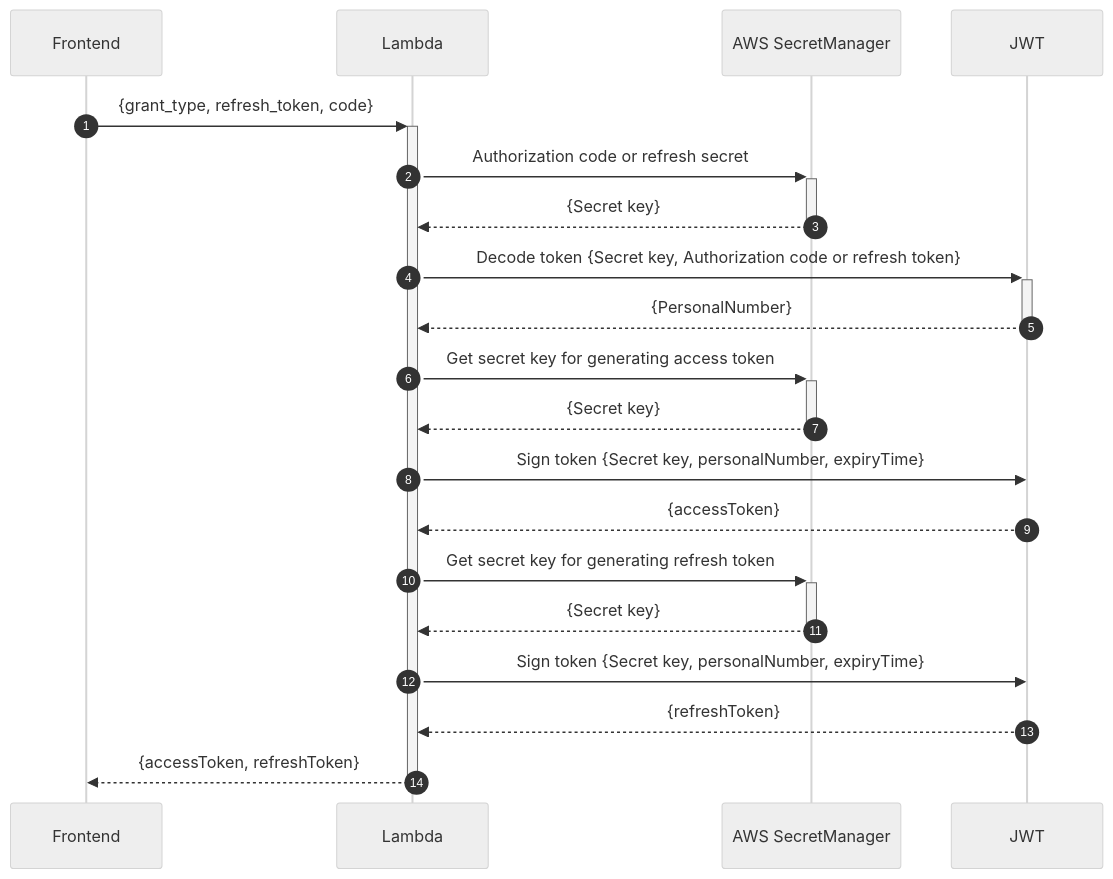
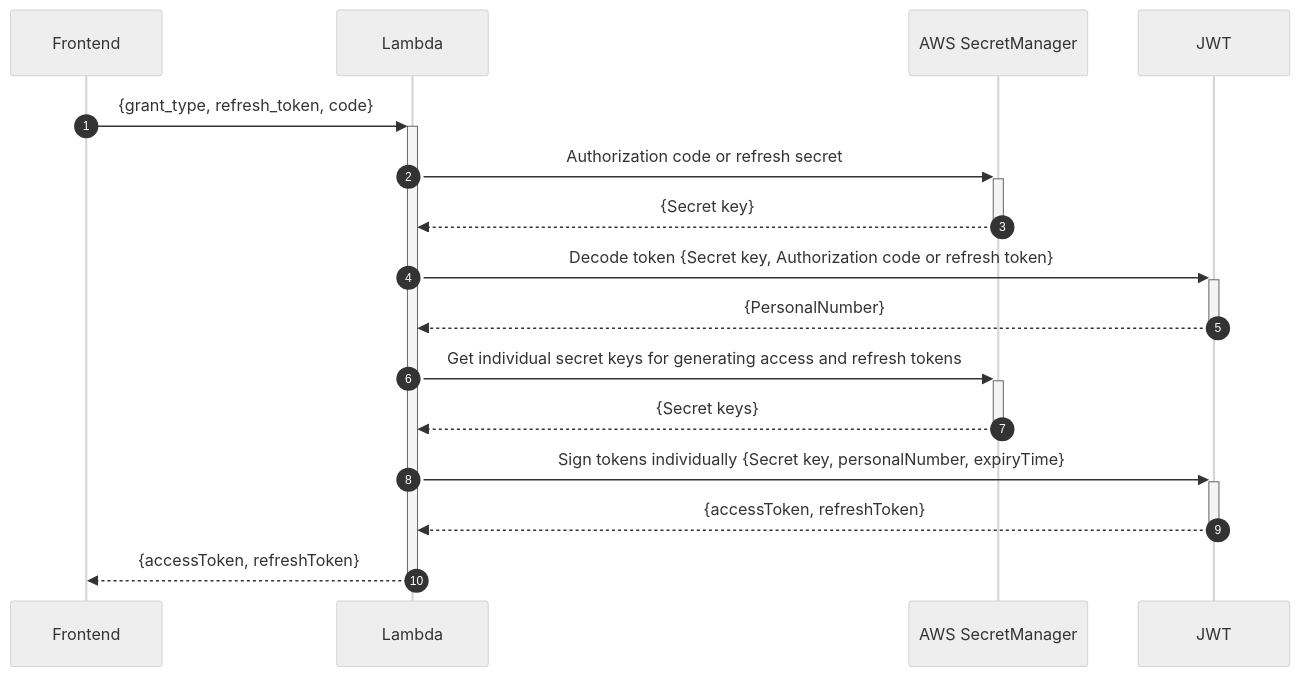
Before and after one commit to helsingborg-stad/helsingborg-io-sls-api: the second of 2 diagrams in services/auth/token/README.md, drawn with Mermaid (neutral theme).

Commit message:
fix: correct diagram

````diff
--- a/services/auth/token/README.md
+++ b/services/auth/token/README.md
@@ -76,24 +76,20 @@
 ```mermaid
 sequenceDiagram
     autonumber
     participant Frontend
     participant Lambda
     participant Secrets as AWS SecretManager
     participant JWT
 
     Frontend->>+Lambda: {grant_type, refresh_token, code}
     Lambda->>+Secrets: Authorization code or refresh secret
     Secrets-->>-Lambda: {Secret key}
     Lambda->>+JWT: Decode token {Secret key, Authorization code or refresh token}
     JWT-->>-Lambda: {PersonalNumber}
-    Lambda->>+Secrets: Get secret key for generating access token
-      Secrets-->>-Lambda: {Secret key}
-    Lambda->>JWT: Sign token {Secret key, personalNumber, expiryTime}
-    JWT-->>Lambda: {accessToken}
-    Lambda->>+Secrets: Get secret key for generating refresh token
-    Secrets-->>-Lambda: {Secret key}
-    Lambda->>JWT: Sign token {Secret key, personalNumber, expiryTime}
-    JWT-->>Lambda: {refreshToken}
+    Lambda->>+Secrets: Get individual secret keys for generating access and refresh tokens
+      Secrets-->>-Lambda: {Secret keys}
+    Lambda->>+JWT: Sign tokens individually {Secret key, personalNumber, expiryTime}
+    JWT-->>-Lambda: {accessToken, refreshToken}
     Lambda-->>-Frontend: {accessToken, refreshToken}
 
 ```
````
